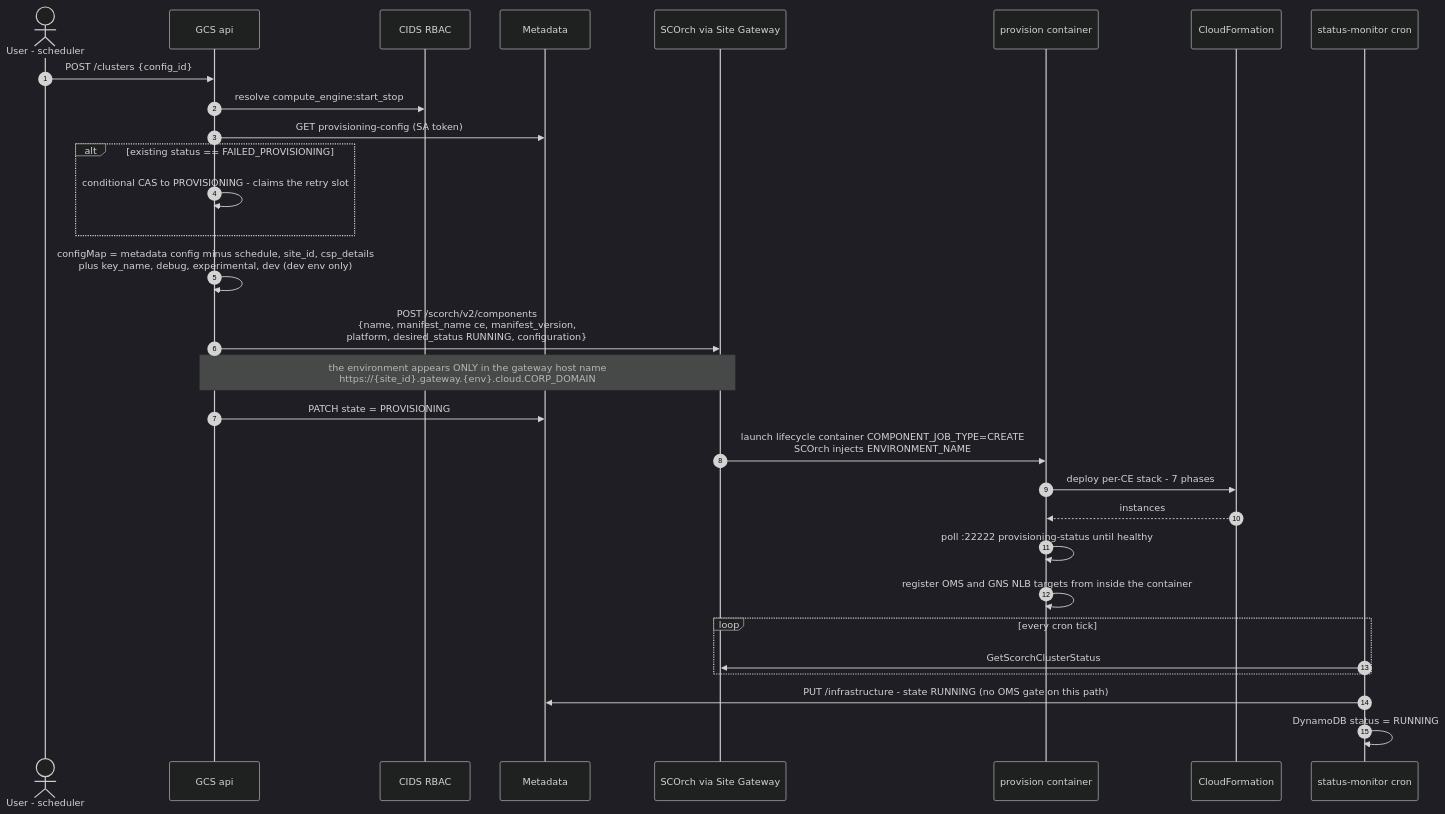
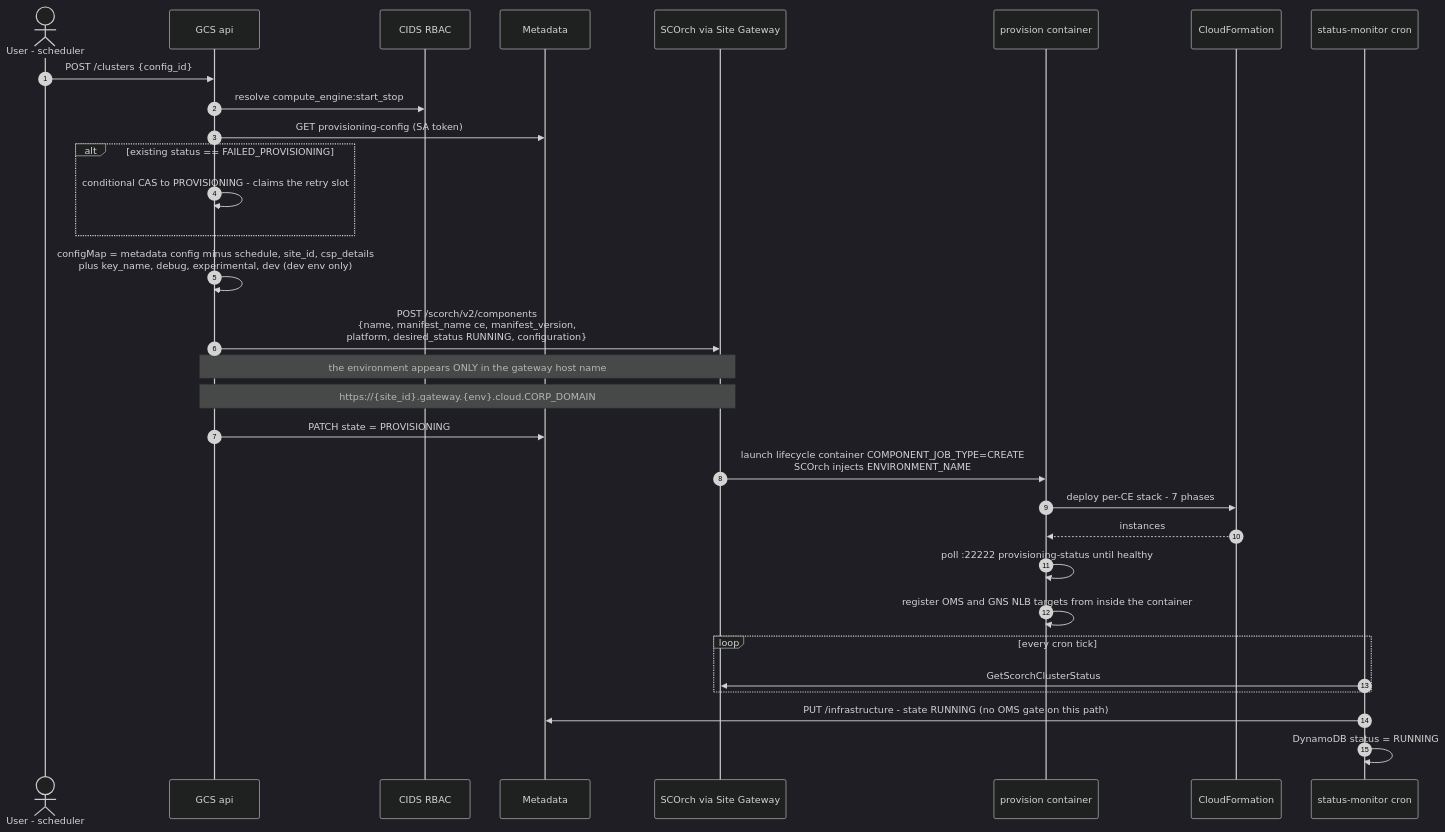
Before and after one commit to tisan-das/agent-skills: the eighth of 29 diagrams in skills/ce-ops/references/CE-KNOWLEDGE-BASE.md, drawn with Mermaid (dark theme). The commit also changed other lines of this file and 4 other files, not shown here.

````diff
--- a/skills/ce-ops/references/CE-KNOWLEDGE-BASE.md
+++ b/skills/ce-ops/references/CE-KNOWLEDGE-BASE.md
@@ -627,33 +721,34 @@
 ```mermaid
 sequenceDiagram
     autonumber
     actor U as User - scheduler
     participant API as GCS api
     participant CIDS as CIDS RBAC
     participant MD as Metadata
     participant SC as SCOrch via Site Gateway
     participant CTR as provision container
     participant CFN as CloudFormation
     participant SM as status-monitor cron
 
     U->>API: POST /clusters {config_id}
     API->>CIDS: resolve compute_engine:start_stop
     API->>MD: GET provisioning-config (SA token)
     alt existing status == FAILED_PROVISIONING
         API->>API: conditional CAS to PROVISIONING - claims the retry slot
     end
     API->>API: configMap = metadata config minus schedule, site_id, csp_details<br/>plus key_name, debug, experimental, dev (dev env only)
     API->>SC: POST /scorch/v2/components<br/>{name, manifest_name ce, manifest_version,<br/>platform, desired_status RUNNING, configuration}
-    Note over API,SC: the environment appears ONLY in the gateway host name<br/>https://{site_id}.gateway.{env}.cloud.CORP_DOMAIN
+    Note over API,SC: the environment appears ONLY in the gateway host name
+    Note over API,SC: https://{site_id}.gateway.{env}.cloud.CORP_DOMAIN
     API->>MD: PATCH state = PROVISIONING
     SC->>CTR: launch lifecycle container COMPONENT_JOB_TYPE=CREATE<br/>SCOrch injects ENVIRONMENT_NAME
     CTR->>CFN: deploy per-CE stack - 7 phases
     CFN-->>CTR: instances
     CTR->>CTR: poll :22222 provisioning-status until healthy
     CTR->>CTR: register OMS and GNS NLB targets from inside the container
     loop every cron tick
         SM->>SC: GetScorchClusterStatus
     end
     SM->>MD: PUT /infrastructure - state RUNNING (no OMS gate on this path)
     SM->>SM: DynamoDB status = RUNNING
 ```
````
